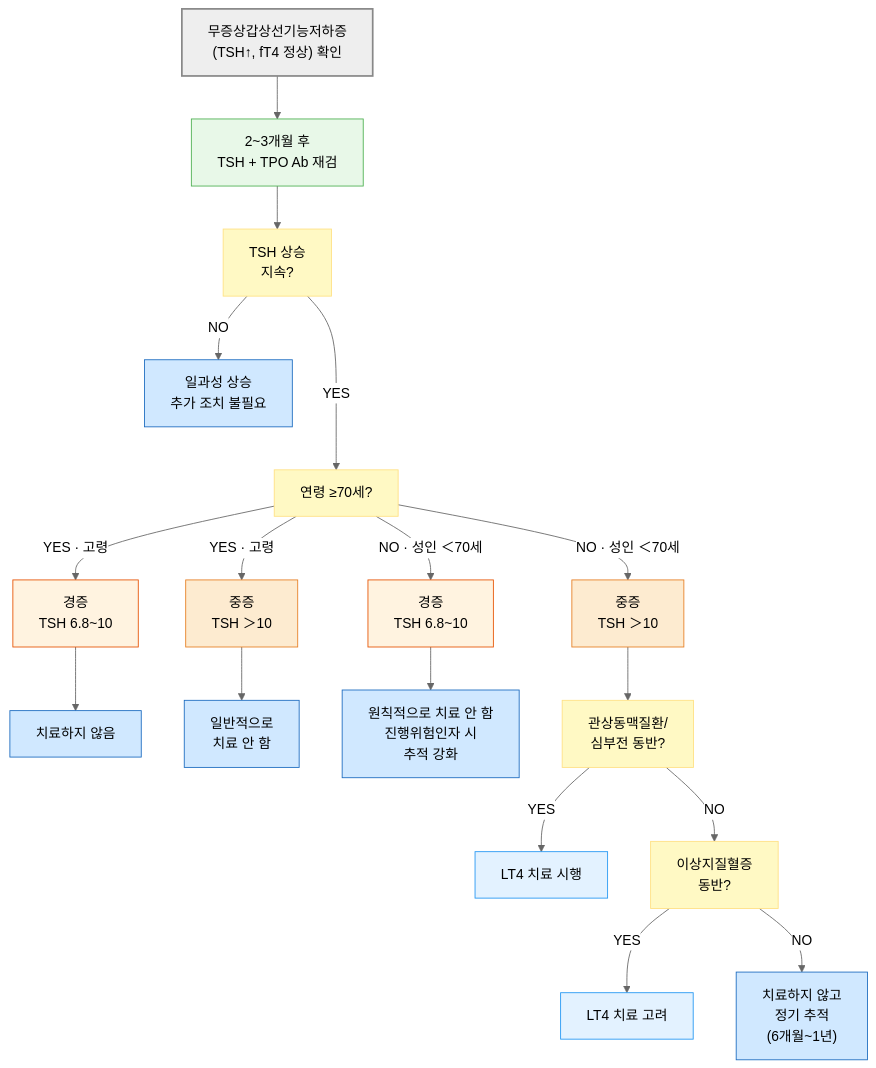
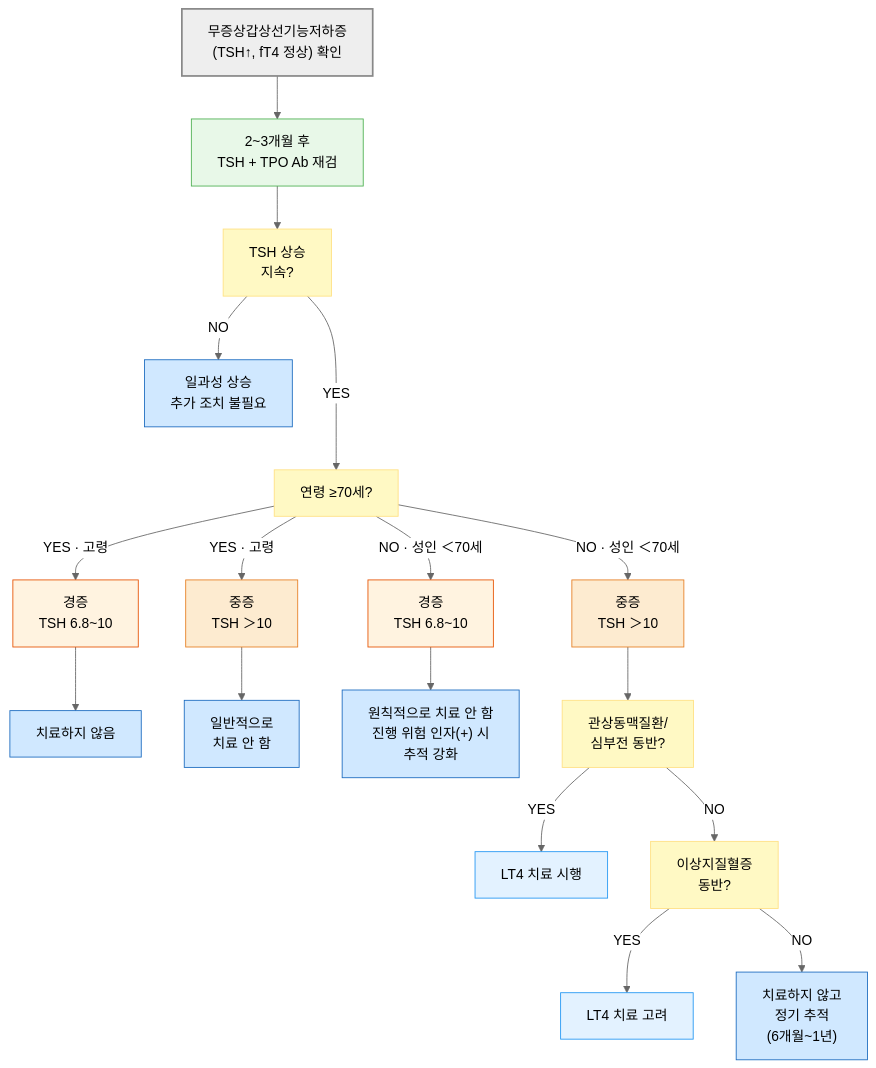
The second of 2 diagrams in 226_/105_-hypothyroidism.md (familyoh77/familyoh77), drawn with Mermaid (neutral theme) before and after one commit.

Commit message:
GITBOOK-1209: No subject

````diff
--- a/226_/105_-hypothyroidism.md
+++ b/226_/105_-hypothyroidism.md
@@ -330,34 +330,33 @@
 ```mermaid
 flowchart TD
     Start["무증상갑상선기능저하증<br>(TSH↑, fT4 정상) 확인"] --> Retest["2~3개월 후<br>TSH + TPO Ab 재검"]
     Retest --> Persist["TSH 상승<br>지속?"]
     Persist -->|NO| Resolve["일과성 상승<br>추가 조치 불필요"]
     Persist --->|YES| Age["연령 ≥70세?"]
     Age -->|YES · 고령| ElderlyMild["경증<br>TSH 6.8~10"]
     Age -->|YES · 고령| ElderlySevere["중증<br>TSH ＞10"]
     ElderlyMild --> ElderlyMildTx["치료하지 않음"]
     ElderlySevere --> ElderlySevereTx["일반적으로<br>치료 안 함"]
     Age -->|NO · 성인 ＜70세| AdultMild["경증<br>TSH 6.8~10"]
     Age -->|NO · 성인 ＜70세| AdultSevere["중증<br>TSH ＞10"]
-    AdultMild --> AdultMildTx["원칙적으로 치료 안 함<br>진행위험인자 시
-     추적 강화"]
+    AdultMild --> AdultMildTx["원칙적으로 치료 안 함<br>진행 위험 인자(+) 시<br>추적 강화"]
     AdultSevere --> CADHF["관상동맥질환/<br>심부전 동반?"]
     CADHF -->|YES| TxYes["LT4 치료 시행"]
     CADHF -->|NO| Dyslip["이상지질혈증<br>동반?"]
     Dyslip -->|YES| TxConsider["LT4 치료 고려"]
     Dyslip -->|NO| Observe["치료하지 않고<br>정기 추적
     (6개월~1년)"]
 
 style Start fill:#eeeeee,stroke:#888888,stroke-width:2px
 classDef yellow fill:#fff9c4,stroke:#ffe082
 class Age,Persist,CADHF,Dyslip yellow
 classDef orange fill:#fdebd0,stroke:#e67e22
 class ElderlySevere,AdultSevere orange
 classDef orange50 fill:#fff3e0,stroke:#e65100
 class AdultMild,ElderlyMild orange50
 classDef sky fill:#e3f2ff,stroke:#2196f3
 class TxConsider,TxYes sky
 classDef blue fill:#d0e8ff,stroke:#1a6abf
 class Resolve,ElderlyMildTx,ElderlySevereTx,AdultMildTx,Observe blue
 style Retest fill:#e8f8e8,stroke:#4caf50
 ```
````
